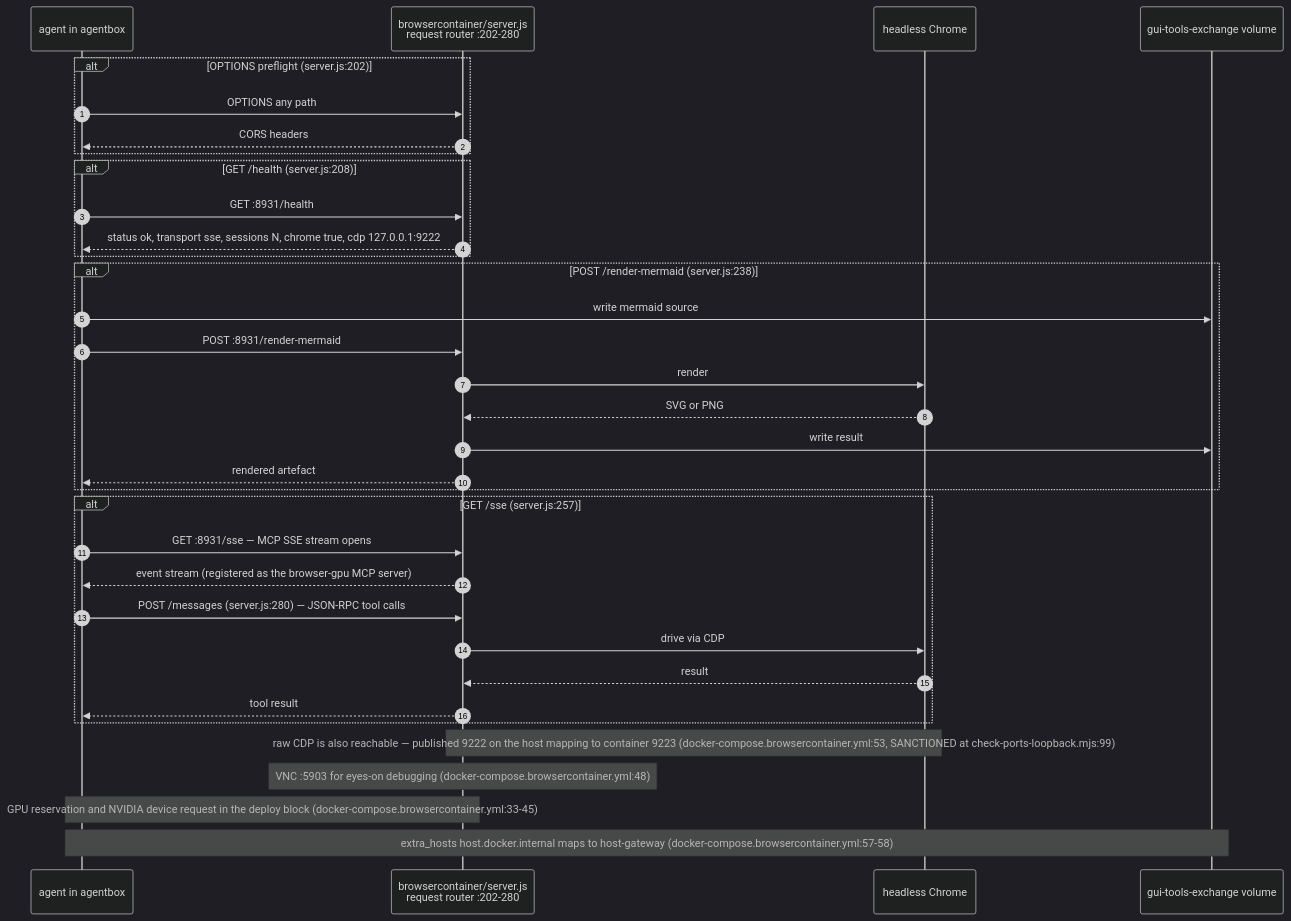
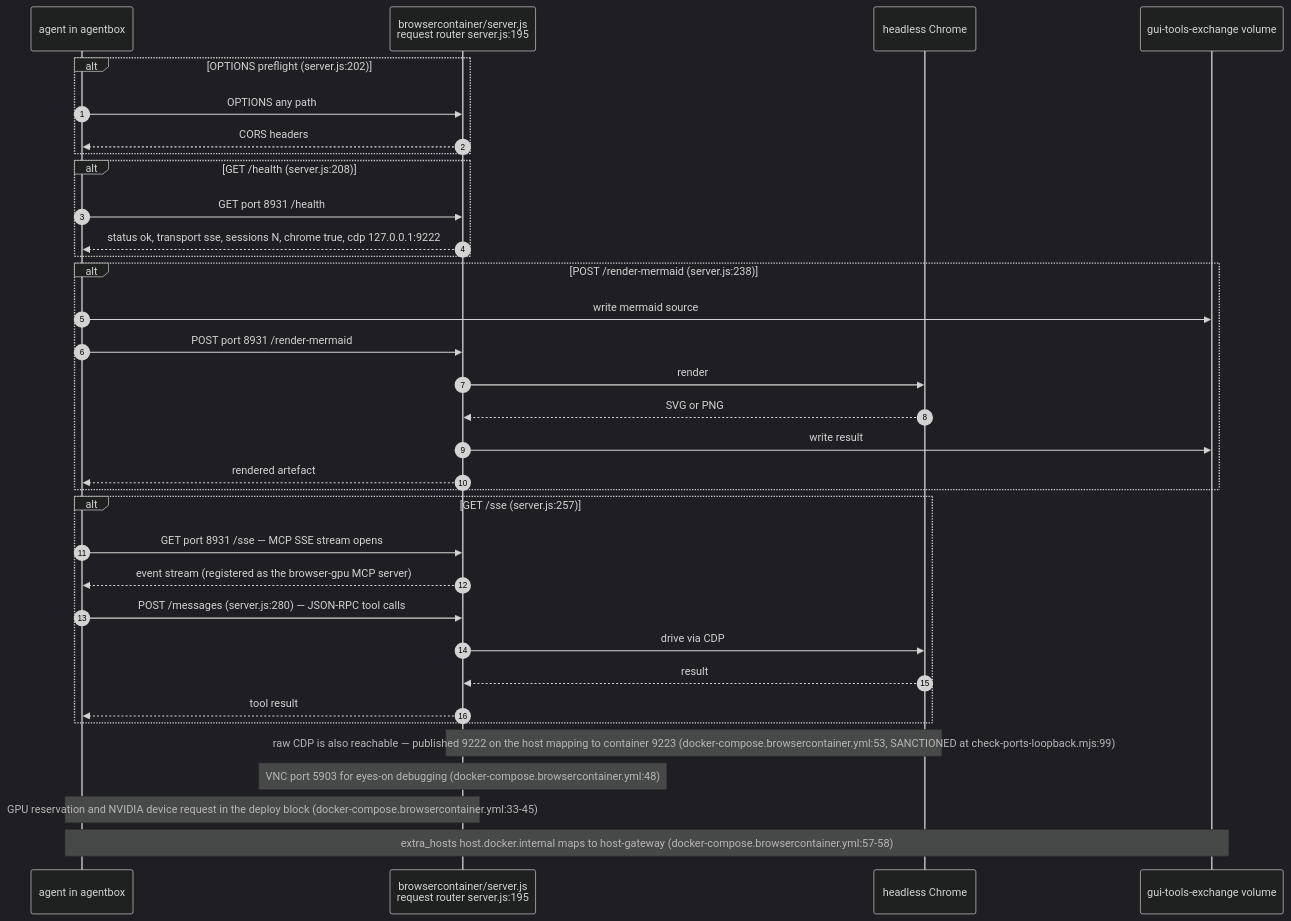
One commit to DreamLab-AI/VisionFlow changed the fourth of 9 diagrams in docs/diagrams/agentbox/06-sidecars-and-compose-overlays.md. Above: the diagram before and after it, drawn with Mermaid (dark theme). The commit also changed other lines of this file and 52 other files, not shown here.

First line of the commit message:
docs(diagrams): wave 3 checkpoint — bare line refs resolved, revision-pinned cite-check, VC-05/AB-01..13 re-attested

````diff
--- a/docs/diagrams/agentbox/06-sidecars-and-compose-overlays.md
+++ b/docs/diagrams/agentbox/06-sidecars-and-compose-overlays.md
@@ -122,37 +118,37 @@
 ```mermaid
 sequenceDiagram
     autonumber
     participant A as agent in agentbox
-    participant S as browsercontainer/server.js<br/>request router :202-280
+    participant S as browsercontainer/server.js<br/>request router server.js:195
     participant CH as headless Chrome
     participant V as gui-tools-exchange volume
 
     alt OPTIONS preflight (server.js:202)
         A->>S: OPTIONS any path
         S-->>A: CORS headers
     end
     alt GET /health (server.js:208)
-        A->>S: GET :8931/health
+        A->>S: GET port 8931 /health
         S-->>A: status ok, transport sse, sessions N, chrome true, cdp 127.0.0.1:9222
     end
     alt POST /render-mermaid (server.js:238)
         A->>V: write mermaid source
-        A->>S: POST :8931/render-mermaid
+        A->>S: POST port 8931 /render-mermaid
         S->>CH: render
         CH-->>S: SVG or PNG
         S->>V: write result
         S-->>A: rendered artefact
     end
     alt GET /sse (server.js:257)
-        A->>S: GET :8931/sse — MCP SSE stream opens
+        A->>S: GET port 8931 /sse — MCP SSE stream opens
         S-->>A: event stream (registered as the browser-gpu MCP server)
         A->>S: POST /messages (server.js:280) — JSON-RPC tool calls
         S->>CH: drive via CDP
         CH-->>S: result
         S-->>A: tool result
     end
     Note over S,CH: raw CDP is also reachable — published 9222 on the host mapping to container 9223 (docker-compose.browsercontainer.yml:53, SANCTIONED at check-ports-loopback.mjs:99)
-    Note over S: VNC :5903 for eyes-on debugging (docker-compose.browsercontainer.yml:48)
+    Note over S: VNC port 5903 for eyes-on debugging (docker-compose.browsercontainer.yml:48)
     Note over A,S: GPU reservation and NVIDIA device request in the deploy block (docker-compose.browsercontainer.yml:33-45)
     Note over A,V: extra_hosts host.docker.internal maps to host-gateway (docker-compose.browsercontainer.yml:57-58)
 ```
````
